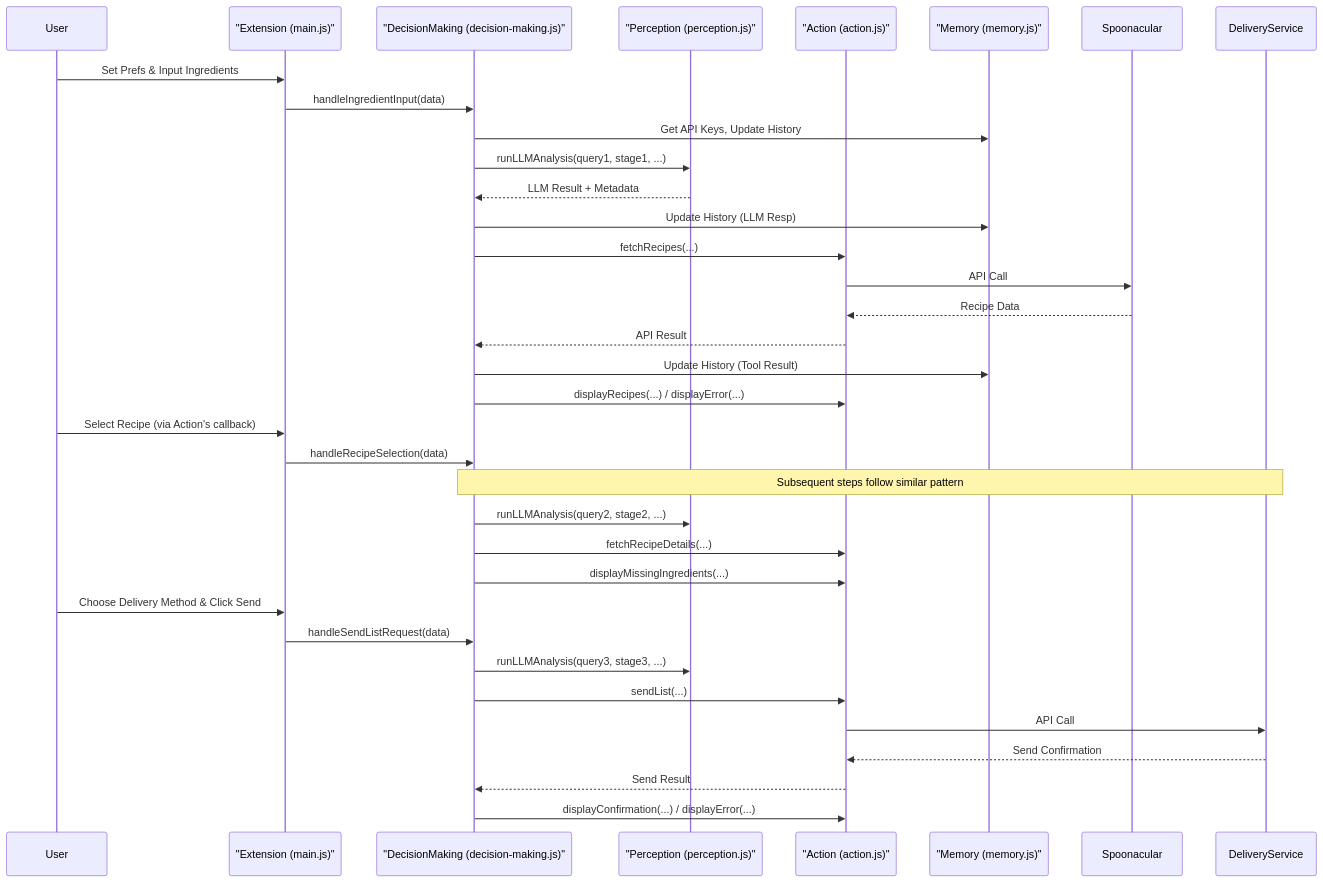
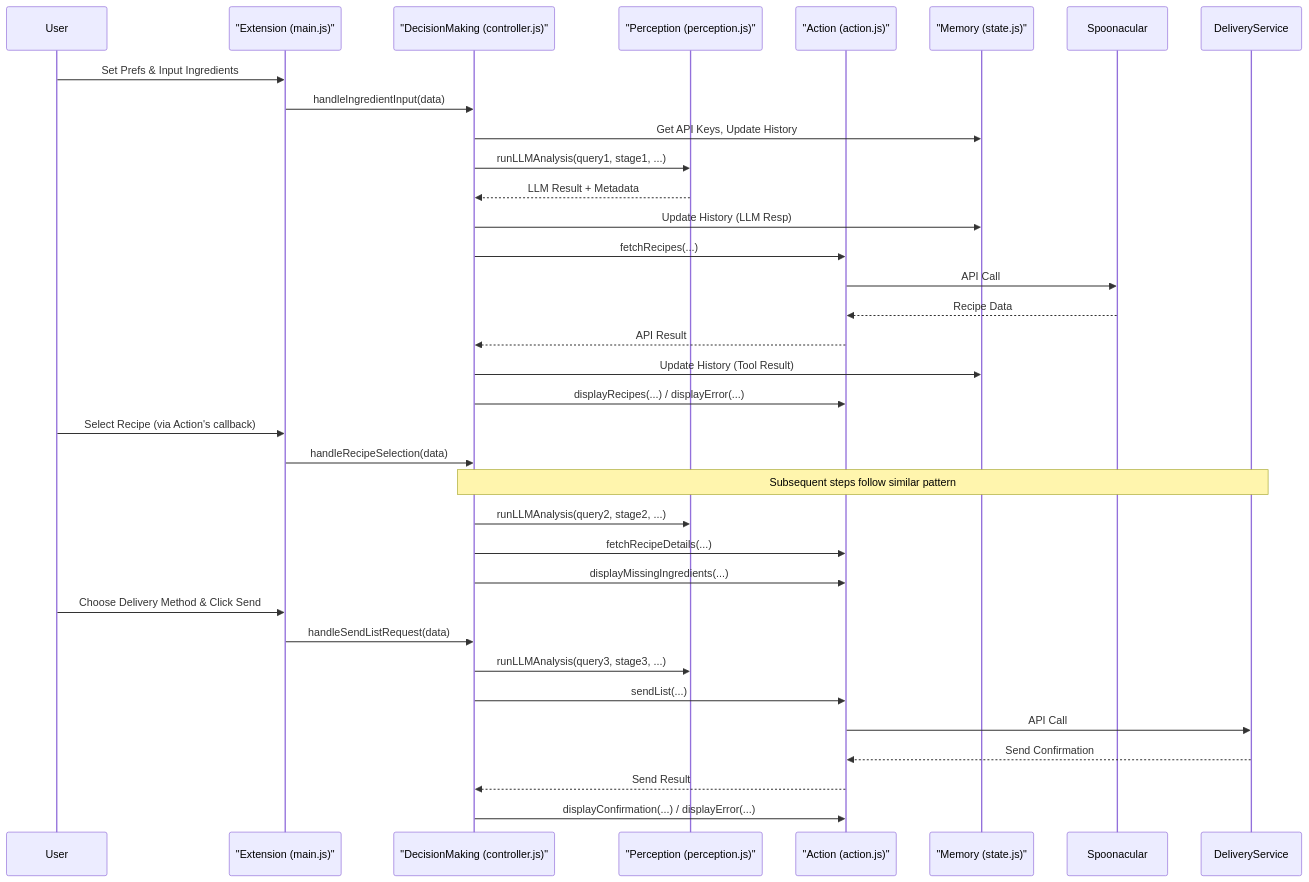
Before and after one commit to gadekar-pravin/eag-6: the second of 3 diagrams in README.md, drawn with Mermaid. The commit also changed other lines of this file and 29 other files, not shown here.

````diff
--- a/README.md
+++ b/README.md
@@ -130,40 +130,40 @@
 ```mermaid
 sequenceDiagram
     participant User
     participant Extension as "Extension (main.js)"
-    participant DecisionMaking as "DecisionMaking (decision-making.js)"
+    participant DecisionMaking as "DecisionMaking (controller.js)"
     participant Perception as "Perception (perception.js)"
     participant Action as "Action (action.js)"
-    participant Memory as "Memory (memory.js)"
+    participant Memory as "Memory (state.js)"
     participant Spoonacular
     participant DeliveryService
 
     User->>Extension: Set Prefs & Input Ingredients
     Extension->>DecisionMaking: handleIngredientInput(data)
     DecisionMaking->>Memory: Get API Keys, Update History
     DecisionMaking->>Perception: runLLMAnalysis(query1, stage1, ...)
     Perception-->>DecisionMaking: LLM Result + Metadata
     DecisionMaking->>Memory: Update History (LLM Resp)
     DecisionMaking->>Action: fetchRecipes(...)
     Action->>Spoonacular: API Call
     Spoonacular-->>Action: Recipe Data
     Action-->>DecisionMaking: API Result
     DecisionMaking->>Memory: Update History (Tool Result)
     DecisionMaking->>Action: displayRecipes(...) / displayError(...)
 
     User->>Extension: Select Recipe (via Action's callback)
     Extension->>DecisionMaking: handleRecipeSelection(data)
     Note over DecisionMaking,DeliveryService: Subsequent steps follow similar pattern
     DecisionMaking->>Perception: runLLMAnalysis(query2, stage2, ...)
     DecisionMaking->>Action: fetchRecipeDetails(...)
     DecisionMaking->>Action: displayMissingIngredients(...)
 
     User->>Extension: Choose Delivery Method & Click Send
     Extension->>DecisionMaking: handleSendListRequest(data)
     DecisionMaking->>Perception: runLLMAnalysis(query3, stage3, ...)
     DecisionMaking->>Action: sendList(...)
     Action->>DeliveryService: API Call
     DeliveryService-->>Action: Send Confirmation
     Action-->>DecisionMaking: Send Result
     DecisionMaking->>Action: displayConfirmation(...) / displayError(...)
 ```
````
